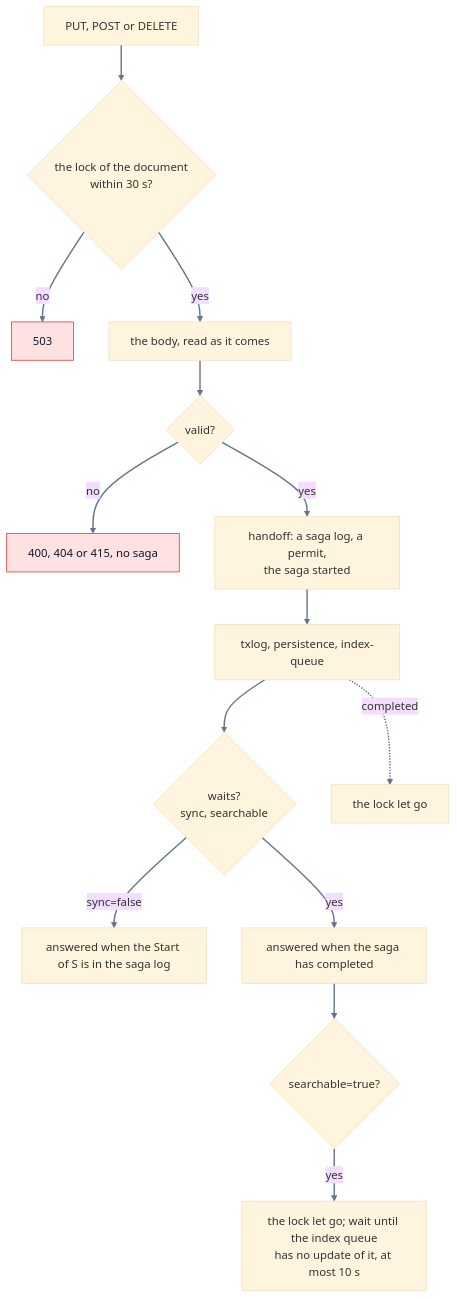
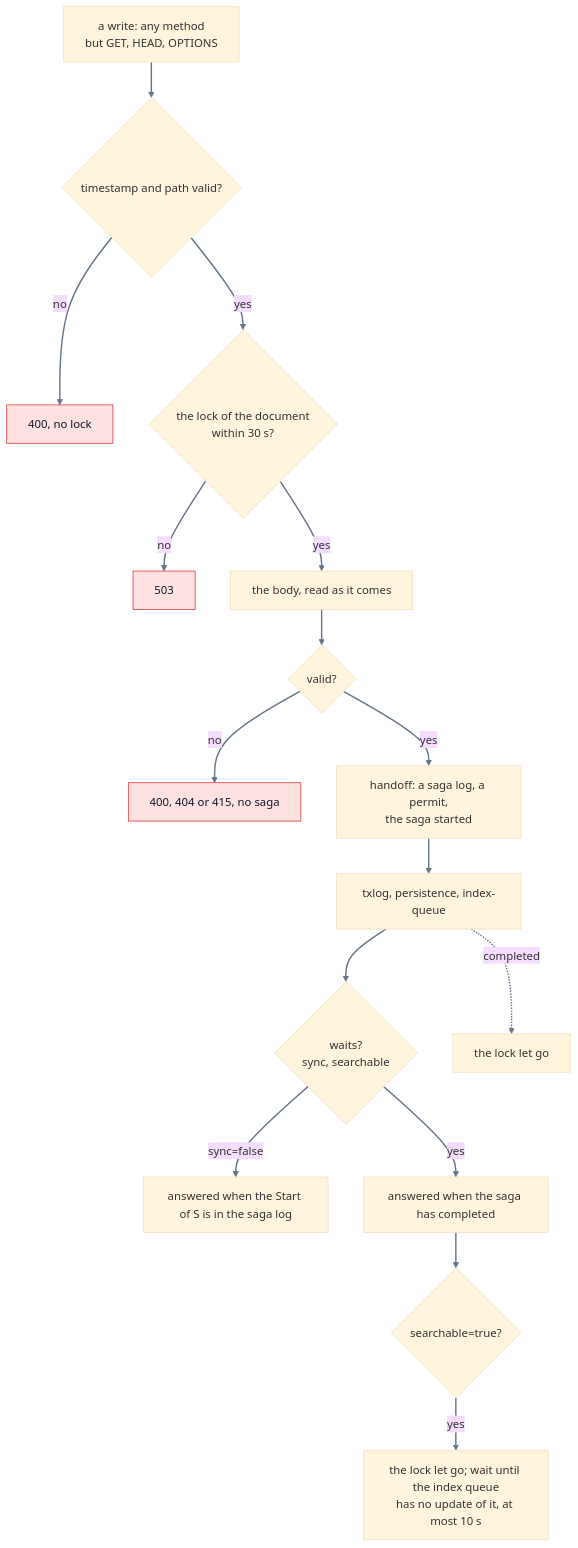
The diagram in docs/developer/core-write-path.md (descoped/linked-data-store-project), drawn with Mermaid (base theme) before and after one commit. The commit also changed other lines of this file and 48 other files, not shown here.

First line of the commit message:
The site: the landing page, every document checked against the code, and a roadmap (#70)

````diff
--- a/docs/developer/core-write-path.md
+++ b/docs/developer/core-write-path.md
@@ -138,18 +143,21 @@
 ```mermaid
 flowchart TB
-    req["PUT, POST or DELETE"] --> lock{"the lock of the document<br/>within 30 s?"}
+    req["a write: any method<br/>but GET, HEAD, OPTIONS"] --> path{"timestamp and path valid?"}
+    path -- no --> early400["400, no lock"]
+    path -- yes --> lock{"the lock of the document<br/>within 30 s?"}
     lock -- no --> busy["503"]
     lock -- yes --> body["the body, read as it comes"] --> valid{"valid?"}
     valid -- no --> bad["400, 404 or 415, no saga"]
     valid -- yes --> handoff["handoff: a saga log, a permit,<br/>the saga started"]
     handoff --> saga["txlog, persistence, index-queue"]
     saga --> done{"waits?<br/>sync, searchable"}
     done -- "sync=false" --> early["answered when the Start of S is in the saga log"]
     done -- "yes" --> late["answered when the saga has completed"]
     late --> search{"searchable=true?"}
     search -- yes --> wait["the lock let go; wait until the index queue<br/>has no update of it, at most 10 s"]
     saga -. "completed" .-> free["the lock let go"]
     style busy fill:#fee2e2,stroke:#dc2626,color:#0f172a
+    style early400 fill:#fee2e2,stroke:#dc2626,color:#0f172a
     style bad fill:#fee2e2,stroke:#dc2626,color:#0f172a
     linkStyle default stroke:#64748b,stroke-width:2px
 ```
````
